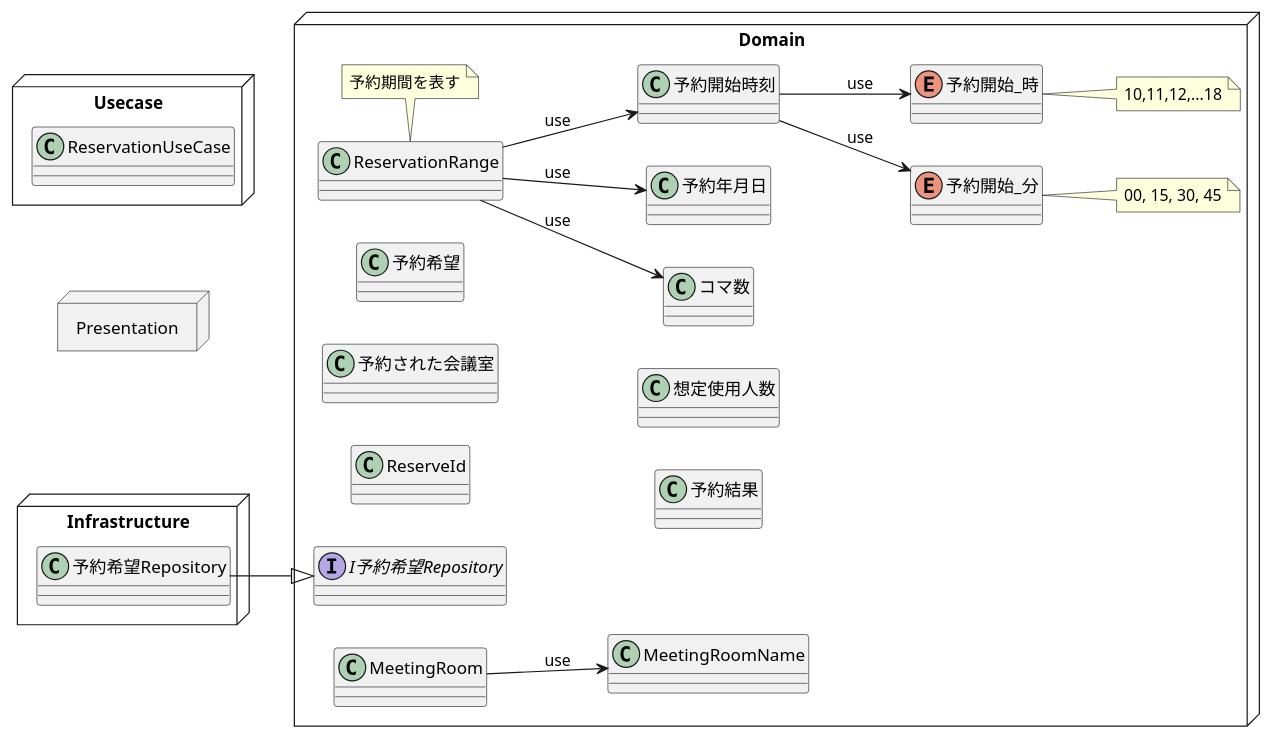
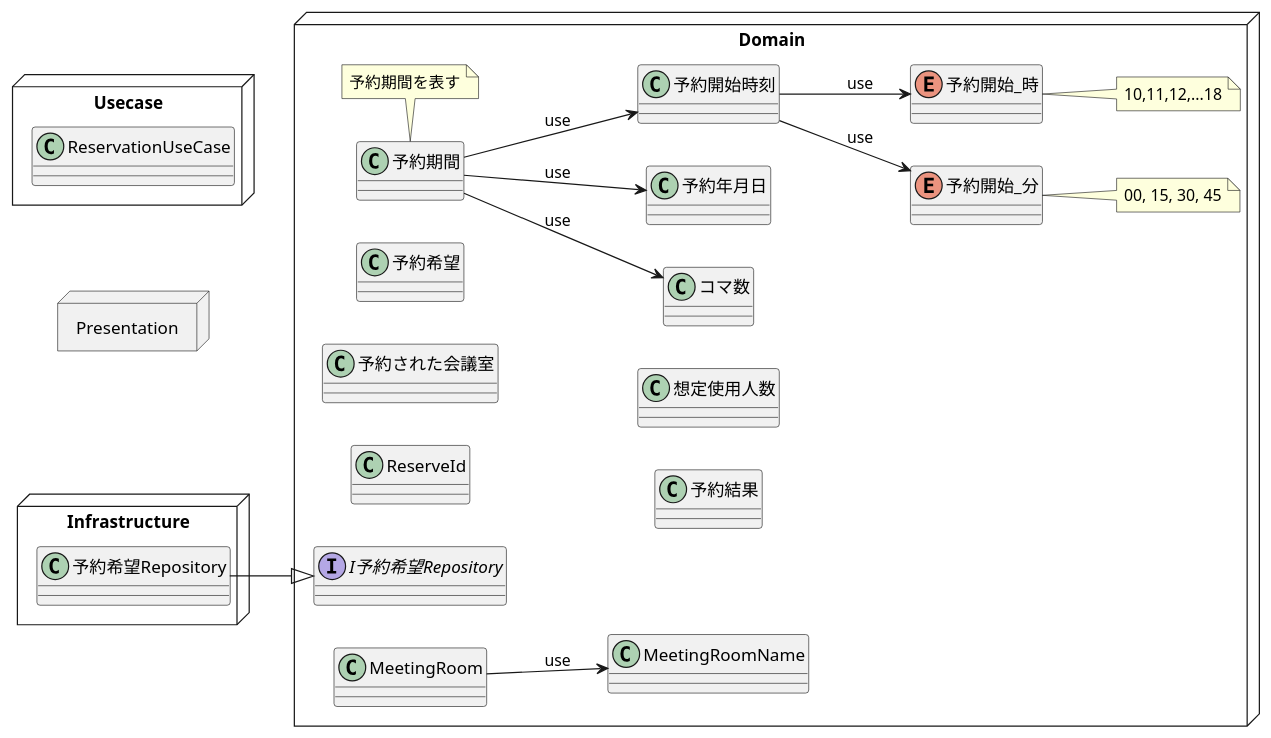
Before and after one commit to t2-kob/ModelingKai-Reservation: the diagram in diagram/モデル図.md, drawn with PlantUML.

Commit message:
update: ReservationRage→予約期間

````diff
--- a/diagram/モデル図.md
+++ b/diagram/モデル図.md
@@ -3,51 +3,51 @@
 ```puml
 @startuml
 left to right direction
 
 node Domain {
     interface I予約希望Repository
     class MeetingRoom
     class MeetingRoomName
 
-    class ReservationRange
+    class 予約期間 
     note bottom : 予約期間を表す
 
     class ReserveId
     class コマ数
     class 予約された会議室
     class 予約希望
     class 予約年月日
     class 予約結果
     enum 予約開始_分
     note right : 00, 15, 30, 45
 
     enum 予約開始_時
     note right : 10,11,12,...18
 
     class 予約開始時刻
     class 想定使用人数
 
-    ReservationRange --> コマ数 : use
-    ReservationRange --> 予約年月日 : use
-    ReservationRange --> 予約開始時刻 : use 
+    予約期間 --> コマ数 : use
+    予約期間 --> 予約年月日 : use
+    予約期間 --> 予約開始時刻 : use 
 
     MeetingRoom --> MeetingRoomName : use
     予約開始時刻 --> 予約開始_分 : use
     予約開始時刻 --> 予約開始_時 : use
 }
 node Infrastructure {
     class 予約希望Repository
 }
 
 予約希望Repository --|> I予約希望Repository 
 
 node Usecase {
     class ReservationUseCase
 }
 
 node Presentation {
 
 }
 
 @enduml
 ```
````
